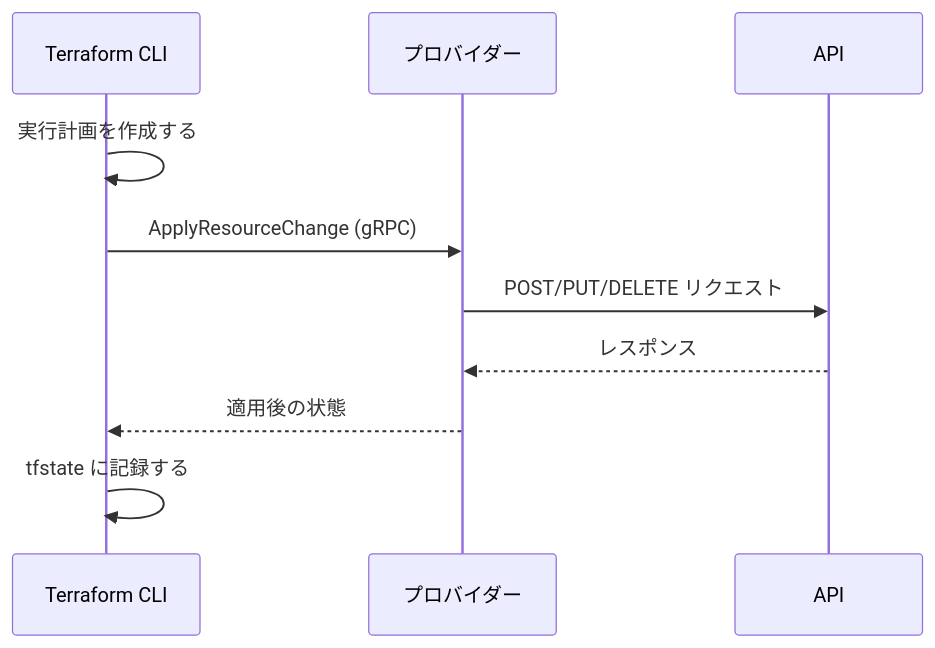
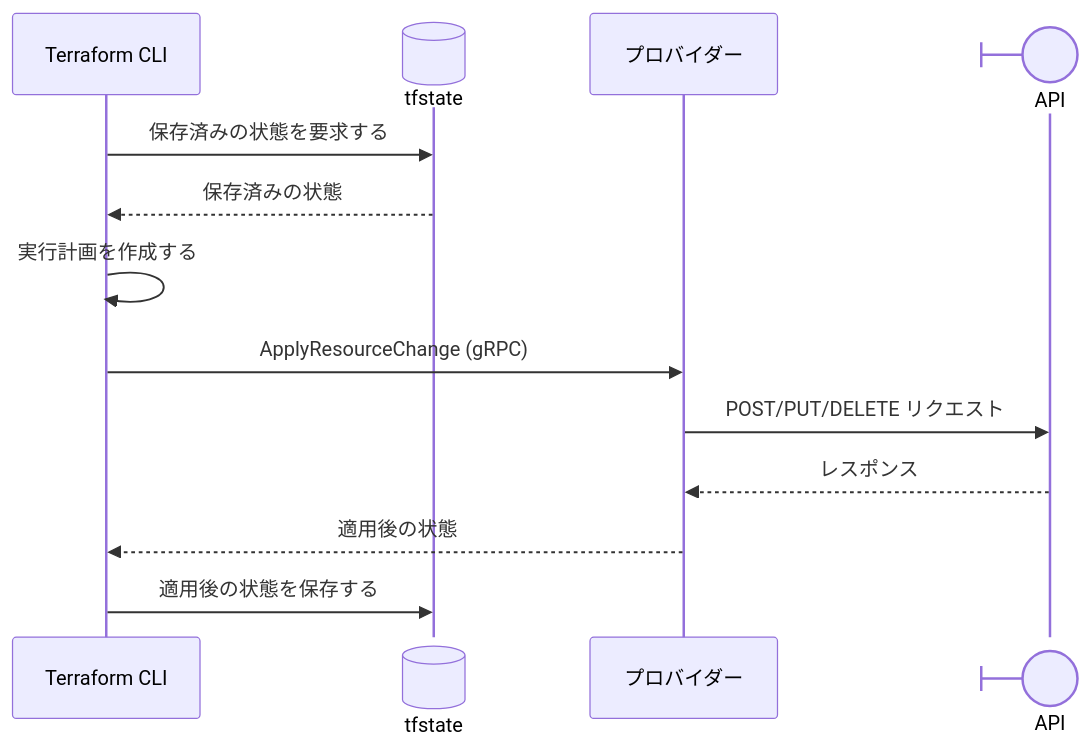
Before and after one commit to hiroki-it/tech-notebook: the fifth of 5 diagrams in docs/infrastructure_as_code/infrastructure_as_code_terraform_provider_self.md, drawn with Mermaid. The commit also changed other lines of this file, not shown here.

````diff
--- a/docs/infrastructure_as_code/infrastructure_as_code_terraform_provider_self.md
+++ b/docs/infrastructure_as_code/infrastructure_as_code_terraform_provider_self.md
@@ -117,13 +122,16 @@
 ```mermaid
 sequenceDiagram
     participant Terraform as Terraform CLI
+    participant State@{ "type": "database" } as tfstate
     participant Provider as プロバイダー
-    participant API as API
+    participant API@{ "type": "boundary" } as API
 
+    Terraform ->> State: 保存済みの状態を要求する
+    State -->> Terraform: 保存済みの状態
     Terraform ->> Terraform: 実行計画を作成する
     Terraform ->> Provider: ApplyResourceChange (gRPC)
     Provider ->> API: POST/PUT/DELETE リクエスト
     API -->> Provider: レスポンス
     Provider -->> Terraform: 適用後の状態
-    Terraform ->> Terraform: tfstate に記録する
+    Terraform ->> State: 適用後の状態を保存する
 ```
````
